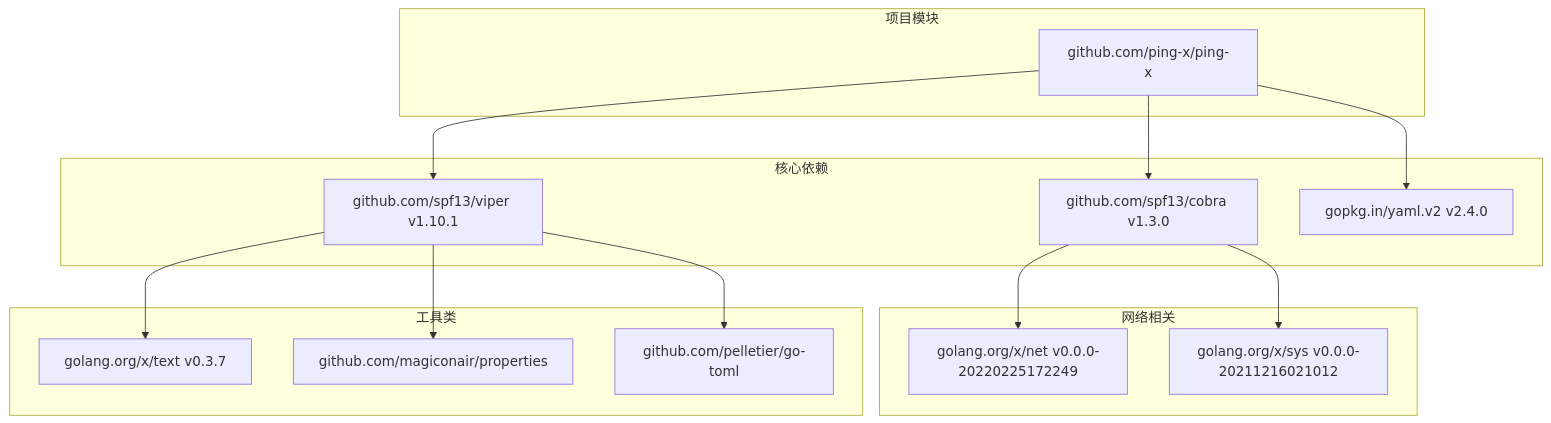
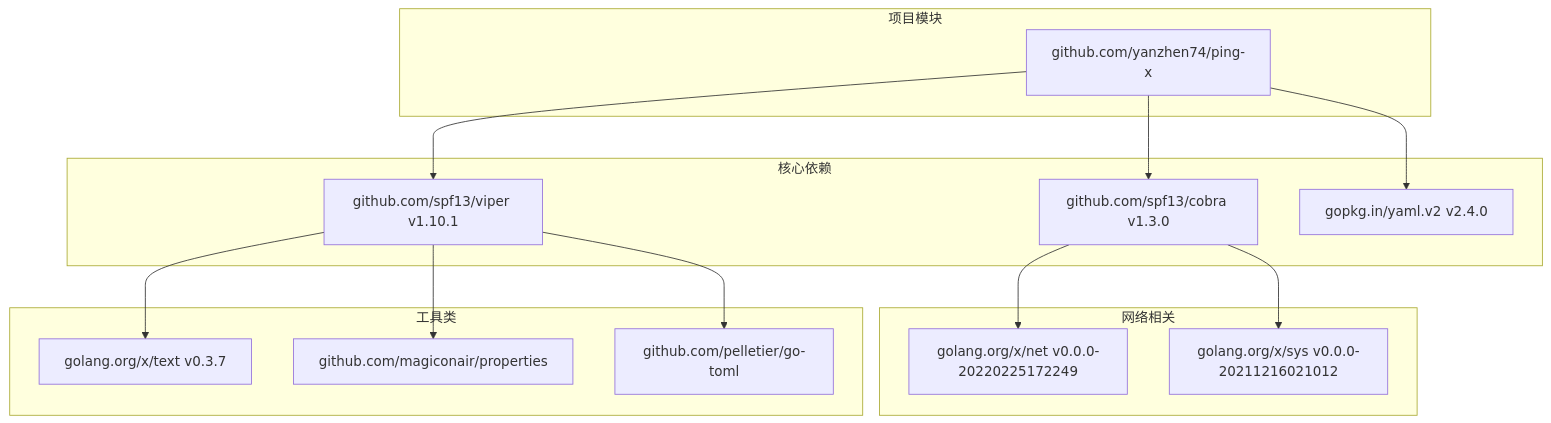
The ninth of 10 diagrams in .qoder/repowiki/zh/content/开发者指南.md (yanzhen74/ping-x), drawn with Mermaid before and after one commit. The commit also changed other lines of this file and 16 other files, not shown here.

````diff
--- a/.qoder/repowiki/zh/content/开发者指南.md
+++ b/.qoder/repowiki/zh/content/开发者指南.md
@@ -271,28 +439,28 @@
 ```mermaid
 graph TB
 subgraph "核心依赖"
 Cobra[github.com/spf13/cobra v1.3.0]
 Viper[github.com/spf13/viper v1.10.1]
 YAML[gopkg.in/yaml.v2 v2.4.0]
 end
 subgraph "网络相关"
 Net[golang.org/x/net v0.0.0-20220225172249]
 Sys[golang.org/x/sys v0.0.0-20211216021012]
 end
 subgraph "工具类"
 Text[golang.org/x/text v0.3.7]
 Properties[github.com/magiconair/properties]
 Toml[github.com/pelletier/go-toml]
 end
 subgraph "项目模块"
-PingX[github.com/ping-x/ping-x]
+PingX[github.com/yanzhen74/ping-x]
 end
 PingX --> Cobra
 PingX --> Viper
 PingX --> YAML
 Cobra --> Net
 Cobra --> Sys
 Viper --> Text
 Viper --> Properties
 Viper --> Toml
 ```
````
